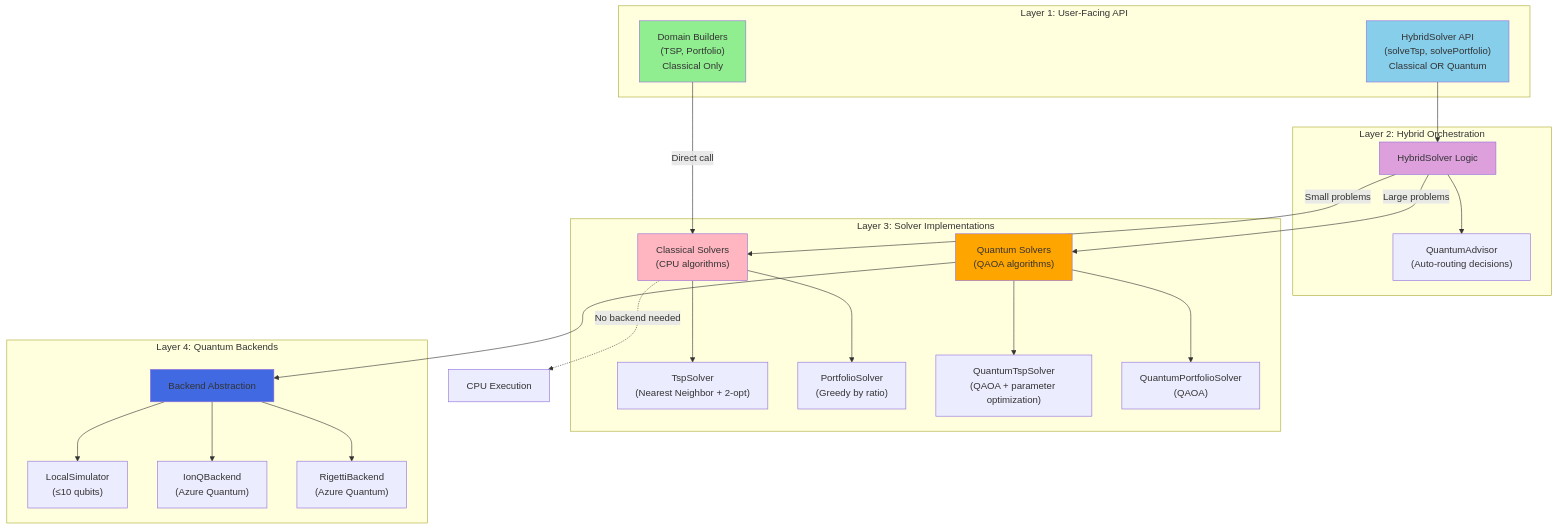
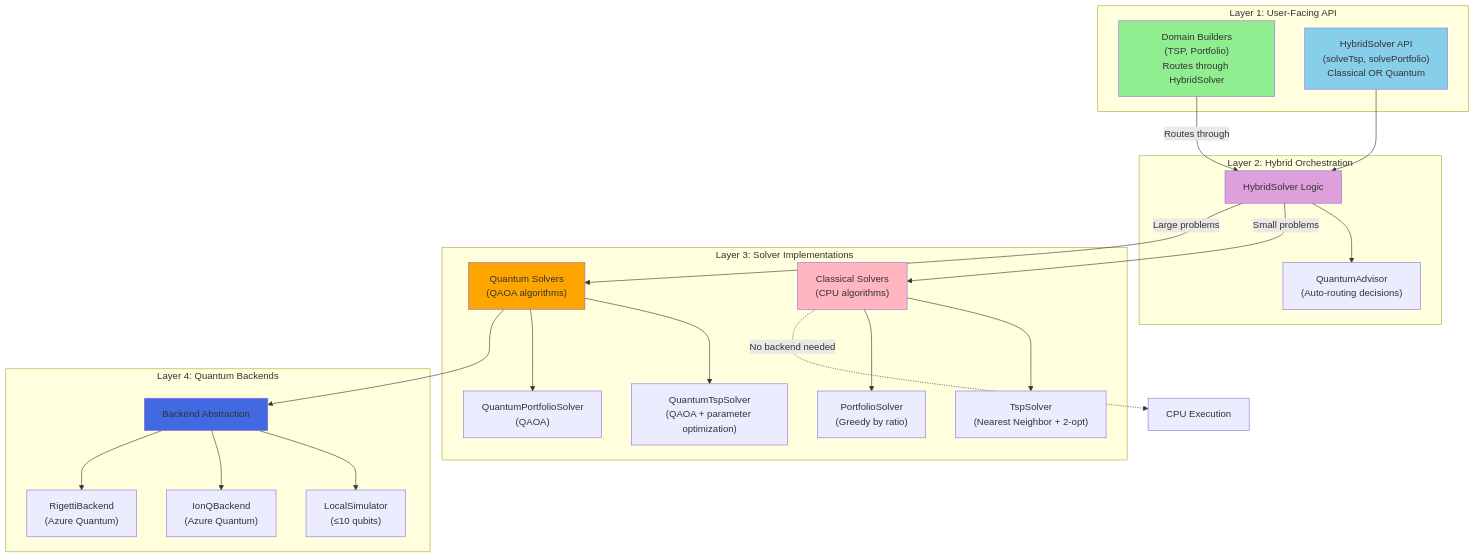
The second of 4 diagrams in README.md (Thorium/FSharp.Azure.Quantum), drawn with Mermaid before and after one commit. The commit also changed other lines of this file and 4 other files, not shown here.

Commit message:
docs: Update builder documentation to reflect HybridSolver routing

````diff
--- a/README.md
+++ b/README.md
@@ -176,49 +176,49 @@
 ```mermaid
 graph TB
     subgraph "Layer 1: User-Facing API"
-        Builders["Domain Builders<br/>(TSP, Portfolio)<br/>Classical Only"]
+        Builders["Domain Builders<br/>(TSP, Portfolio)<br/>Routes through HybridSolver"]
         HybridAPI["HybridSolver API<br/>(solveTsp, solvePortfolio)<br/>Classical OR Quantum"]
     end
     
     subgraph "Layer 2: Hybrid Orchestration"
         HybridLogic["HybridSolver Logic"]
         Advisor["QuantumAdvisor<br/>(Auto-routing decisions)"]
         
         HybridLogic --> Advisor
     end
     
     subgraph "Layer 3: Solver Implementations"
         Classical["Classical Solvers<br/>(CPU algorithms)"]
         Quantum["Quantum Solvers<br/>(QAOA algorithms)"]
         
         Classical --> TspClassical["TspSolver<br/>(Nearest Neighbor + 2-opt)"]
         Classical --> PortfolioClassical["PortfolioSolver<br/>(Greedy by ratio)"]
         
         Quantum --> TspQuantum["QuantumTspSolver<br/>(QAOA + parameter optimization)"]
         Quantum --> PortfolioQuantum["QuantumPortfolioSolver<br/>(QAOA)"]
     end
     
     subgraph "Layer 4: Quantum Backends"
         Backends["Backend Abstraction"]
         
         Backends --> Local["LocalSimulator<br/>(≤10 qubits)"]
         Backends --> IonQ["IonQBackend<br/>(Azure Quantum)"]
         Backends --> Rigetti["RigettiBackend<br/>(Azure Quantum)"]
     end
     
-    Builders -->|"Direct call"| Classical
+    Builders -->|"Routes through"| HybridLogic
     HybridAPI --> HybridLogic
     
     HybridLogic -->|Small problems| Classical
     HybridLogic -->|Large problems| Quantum
     
     Classical -.->|"No backend needed"| CPU["CPU Execution"]
     Quantum --> Backends
     
     style Builders fill:#90EE90
     style HybridAPI fill:#87CEEB
     style HybridLogic fill:#DDA0DD
     style Classical fill:#FFB6C1
     style Quantum fill:#FFA500
     style Backends fill:#4169E1
 ```
````
